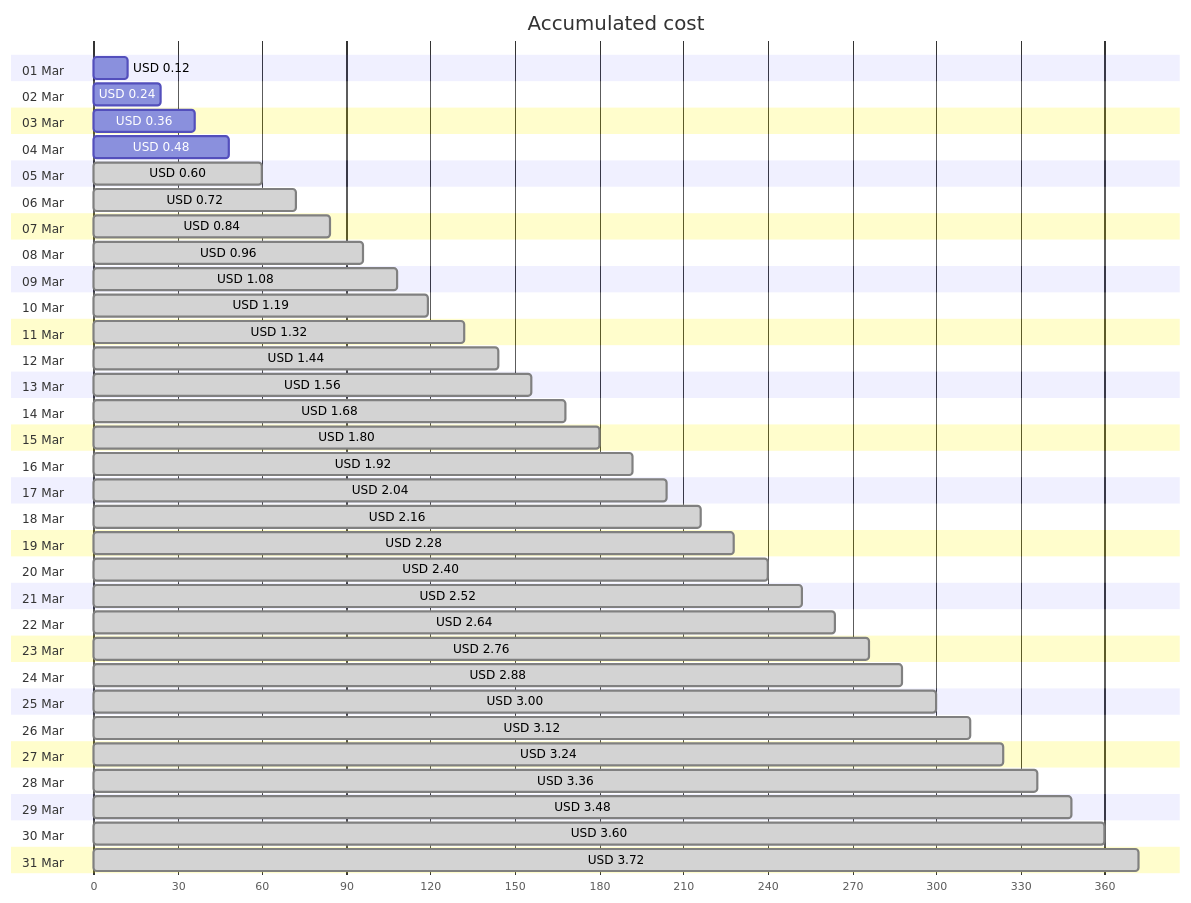
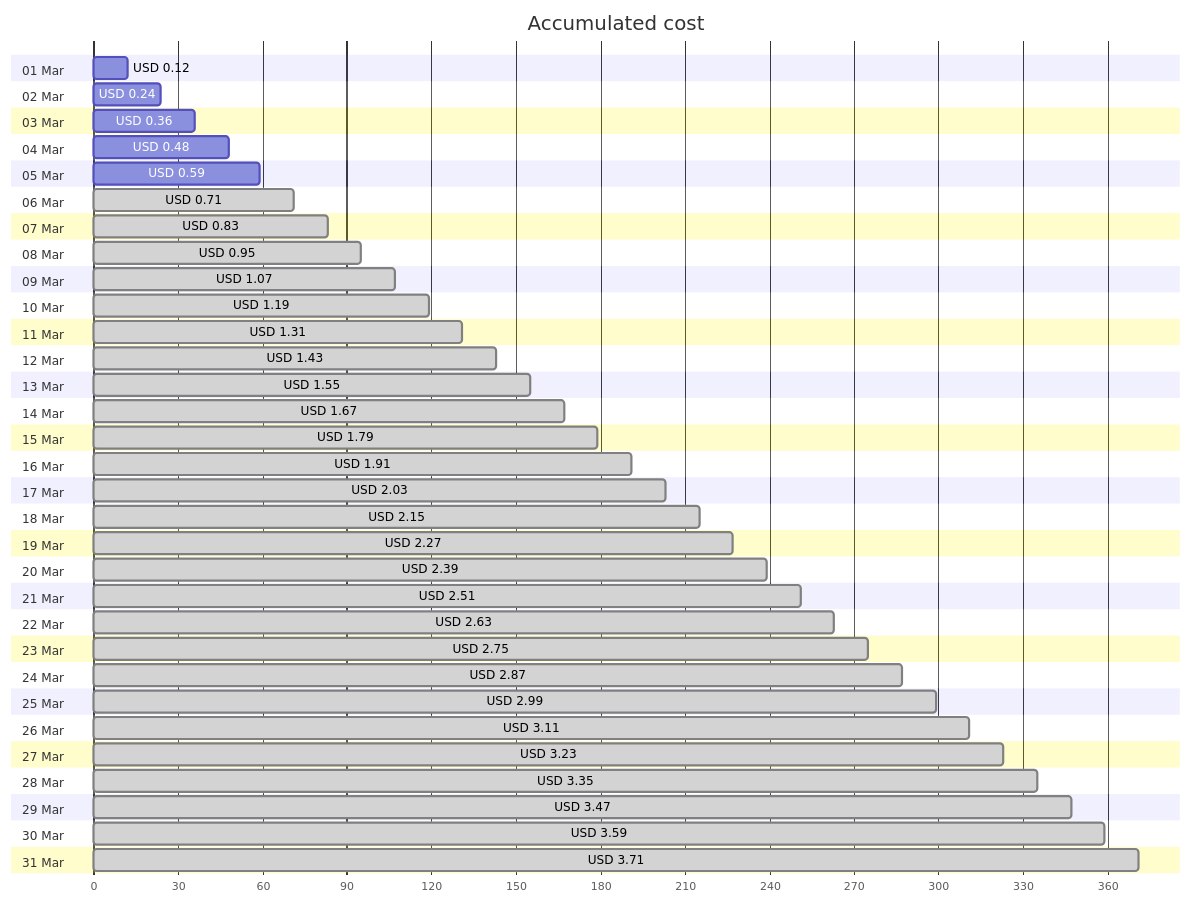
The first of 4 diagrams in cost-reports/personal-network/backup-server-public-ip.md (jpfulton/azure-personal-reports), drawn with Mermaid before and after one commit. The commit also changed other lines of this file and 8 other files, not shown here.

````diff
--- a/cost-reports/personal-network/backup-server-public-ip.md
+++ b/cost-reports/personal-network/backup-server-public-ip.md
@@ -20,68 +20,68 @@
 ```mermaid
 gantt
    title Accumulated cost
    dateFormat  X
    axisFormat %s
    section 01 Mar
    USD 0.12 :0, 12
    section 02 Mar
    USD 0.24 :0, 24
    section 03 Mar
    USD 0.36 :0, 36
    section 04 Mar
    USD 0.48 :0, 48
    section 05 Mar
-   USD 0.60 : done, 0, 60
+   USD 0.59 :0, 59
    section 06 Mar
-   USD 0.72 : done, 0, 72
+   USD 0.71 : done, 0, 71
    section 07 Mar
-   USD 0.84 : done, 0, 84
+   USD 0.83 : done, 0, 83
    section 08 Mar
-   USD 0.96 : done, 0, 96
+   USD 0.95 : done, 0, 95
    section 09 Mar
-   USD 1.08 : done, 0, 108
+   USD 1.07 : done, 0, 107
    section 10 Mar
    USD 1.19 : done, 0, 119
    section 11 Mar
-   USD 1.32 : done, 0, 132
+   USD 1.31 : done, 0, 131
    section 12 Mar
-   USD 1.44 : done, 0, 144
+   USD 1.43 : done, 0, 143
    section 13 Mar
-   USD 1.56 : done, 0, 156
+   USD 1.55 : done, 0, 155
    section 14 Mar
-   USD 1.68 : done, 0, 168
+   USD 1.67 : done, 0, 167
    section 15 Mar
-   USD 1.80 : done, 0, 180
+   USD 1.79 : done, 0, 179
    section 16 Mar
-   USD 1.92 : done, 0, 192
+   USD 1.91 : done, 0, 191
    section 17 Mar
-   USD 2.04 : done, 0, 204
+   USD 2.03 : done, 0, 203
    section 18 Mar
-   USD 2.16 : done, 0, 216
+   USD 2.15 : done, 0, 215
    section 19 Mar
-   USD 2.28 : done, 0, 228
+   USD 2.27 : done, 0, 227
    section 20 Mar
-   USD 2.40 : done, 0, 240
+   USD 2.39 : done, 0, 239
    section 21 Mar
-   USD 2.52 : done, 0, 252
+   USD 2.51 : done, 0, 251
    section 22 Mar
-   USD 2.64 : done, 0, 264
+   USD 2.63 : done, 0, 263
    section 23 Mar
-   USD 2.76 : done, 0, 276
+   USD 2.75 : done, 0, 275
    section 24 Mar
-   USD 2.88 : done, 0, 288
+   USD 2.87 : done, 0, 287
    section 25 Mar
-   USD 3.00 : done, 0, 300
+   USD 2.99 : done, 0, 299
    section 26 Mar
-   USD 3.12 : done, 0, 312
+   USD 3.11 : done, 0, 311
    section 27 Mar
-   USD 3.24 : done, 0, 324
+   USD 3.23 : done, 0, 323
    section 28 Mar
-   USD 3.36 : done, 0, 336
+   USD 3.35 : done, 0, 335
    section 29 Mar
-   USD 3.48 : done, 0, 348
+   USD 3.47 : done, 0, 347
    section 30 Mar
-   USD 3.60 : done, 0, 360
+   USD 3.59 : done, 0, 359
    section 31 Mar
-   USD 3.72 : done, 0, 372
+   USD 3.71 : done, 0, 371
 ```
````
